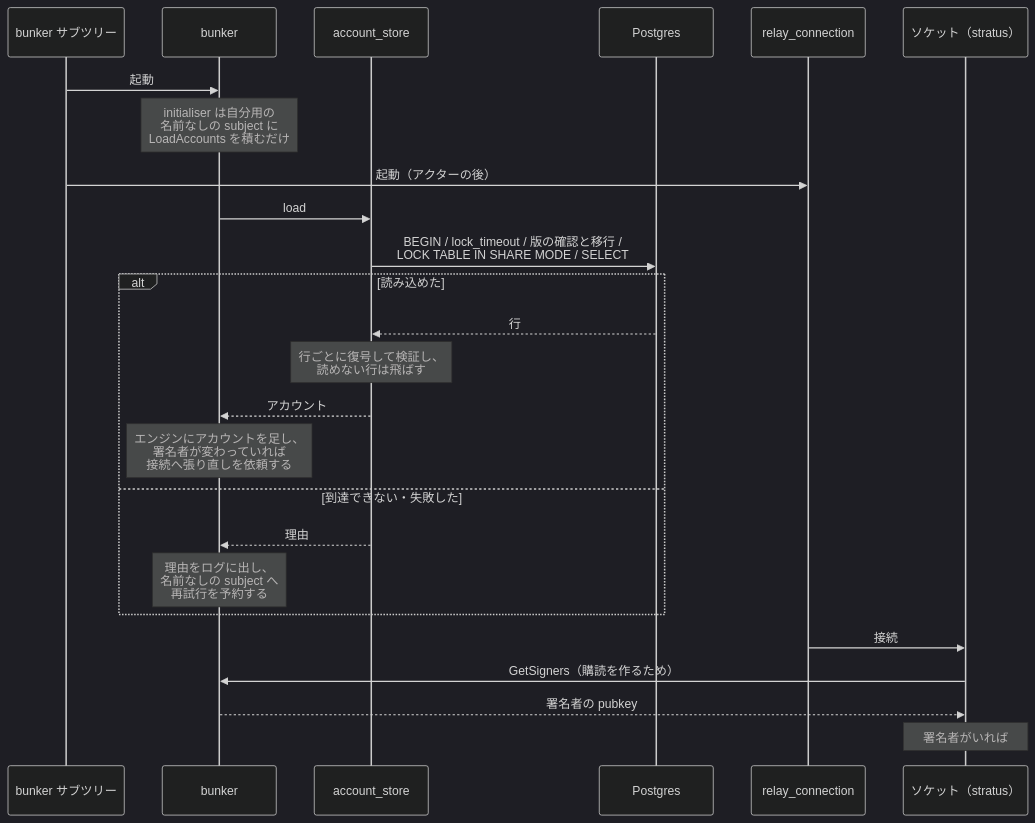
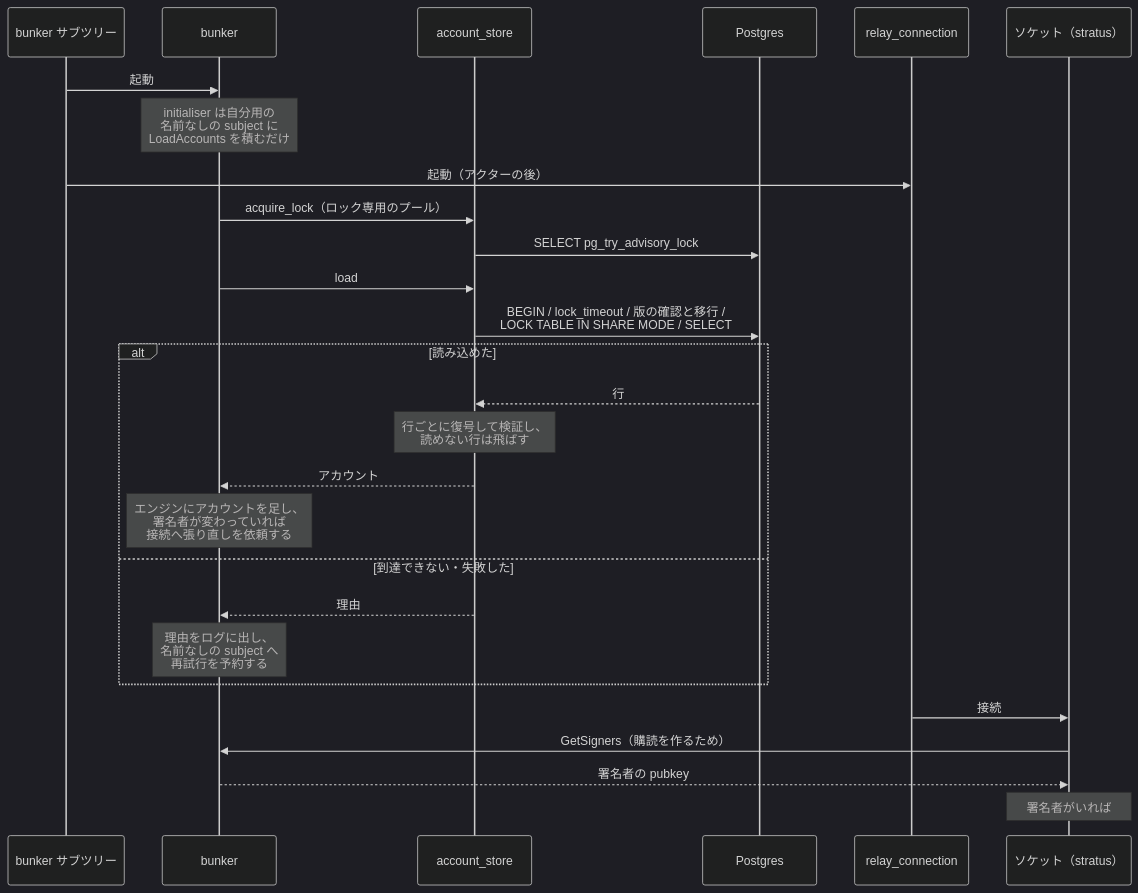
One commit to neverclear86/nostr-no-su changed the third of 8 diagrams in docs/architecture.md. Above: the diagram before and after it, drawn with Mermaid (dark theme). The commit also changed other lines of this file and 9 other files, not shown here.

First line of the commit message:
feat: 同じ DB に対して動けるインスタンスを advisory lock で 1 つに限る (#164)

````diff
--- a/docs/architecture.md
+++ b/docs/architecture.md
@@ -168,28 +171,30 @@
 ```mermaid
 sequenceDiagram
     participant sup as bunker サブツリー
     participant bk as bunker
     participant store as account_store
     participant db as Postgres
     participant conn as relay_connection
     participant sock as ソケット（stratus）
 
     sup->>bk: 起動
     Note over bk: initialiser は自分用の<br/>名前なしの subject に<br/>LoadAccounts を積むだけ
     sup->>conn: 起動（アクターの後）
+    bk->>store: acquire_lock（ロック専用のプール）
+    store->>db: SELECT pg_try_advisory_lock
     bk->>store: load
     store->>db: BEGIN / lock_timeout / 版の確認と移行 /<br/>LOCK TABLE IN SHARE MODE / SELECT
     alt 読み込めた
         db-->>store: 行
         Note over store: 行ごとに復号して検証し、<br/>読めない行は飛ばす
         store-->>bk: アカウント
         Note over bk: エンジンにアカウントを足し、<br/>署名者が変わっていれば<br/>接続へ張り直しを依頼する
     else 到達できない・失敗した
         store-->>bk: 理由
         Note over bk: 理由をログに出し、<br/>名前なしの subject へ<br/>再試行を予約する
     end
     conn->>sock: 接続
     sock->>bk: GetSigners（購読を作るため）
     bk-->>sock: 署名者の pubkey
     Note over sock: 署名者がいれば #p に入れて REQ、<br/>いなければ開いている購読を CLOSE、<br/>問い合わせに応答が無ければ<br/>購読を変えずに再試行
 ```
````
